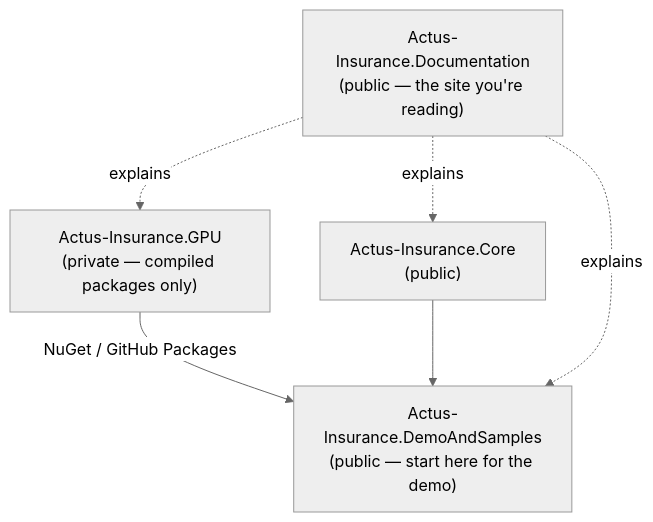
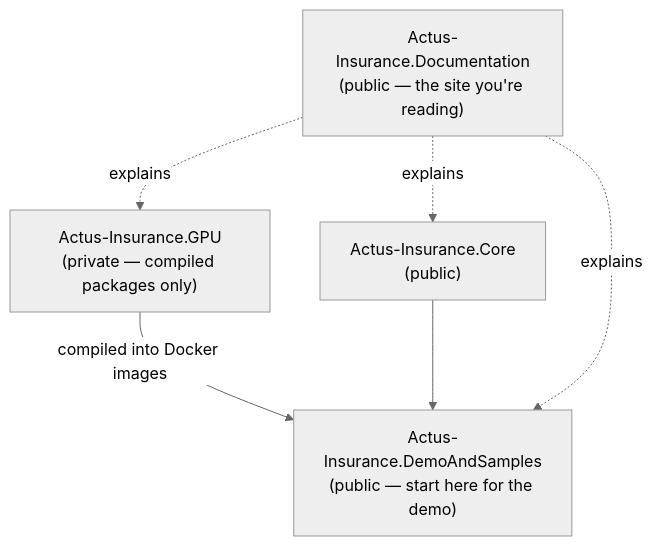
One commit to FransVanEk/Actus-Insurance.Documentation changed the diagram in docs/hackathon/installation.md. Above: the diagram before and after it, drawn with Mermaid (neutral theme). The commit also changed other lines of this file, not shown here.

First line of the commit message:
Update installation documentation for GPU acceleration and Docker usage

````diff
--- a/docs/hackathon/installation.md
+++ b/docs/hackathon/installation.md
@@ -24,13 +24,13 @@
 ```mermaid
 graph TD
     GPU["Actus-Insurance.GPU\n(private — compiled packages only)"]
     CORE["Actus-Insurance.Core\n(public)"]
     DEMO["Actus-Insurance.DemoAndSamples\n(public — start here for the demo)"]
     DOCS["Actus-Insurance.Documentation\n(public — the site you're reading)"]
 
-    GPU -- "NuGet / GitHub Packages" --> DEMO
+    GPU -- "compiled into Docker images" --> DEMO
     CORE --> DEMO
     DOCS -. "explains" .-> CORE
     DOCS -. "explains" .-> GPU
     DOCS -. "explains" .-> DEMO
 ```
````
